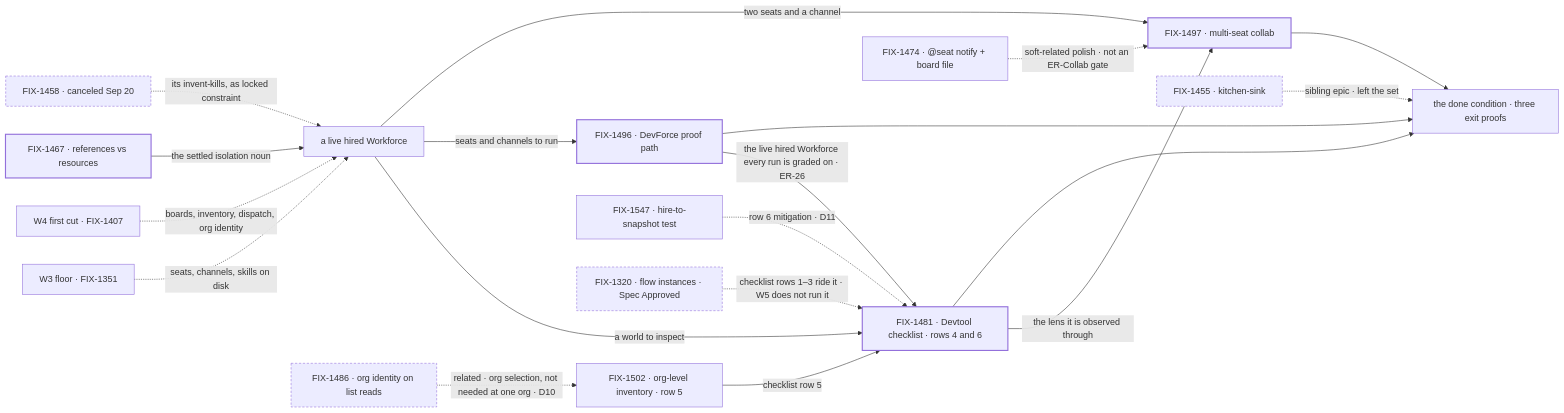
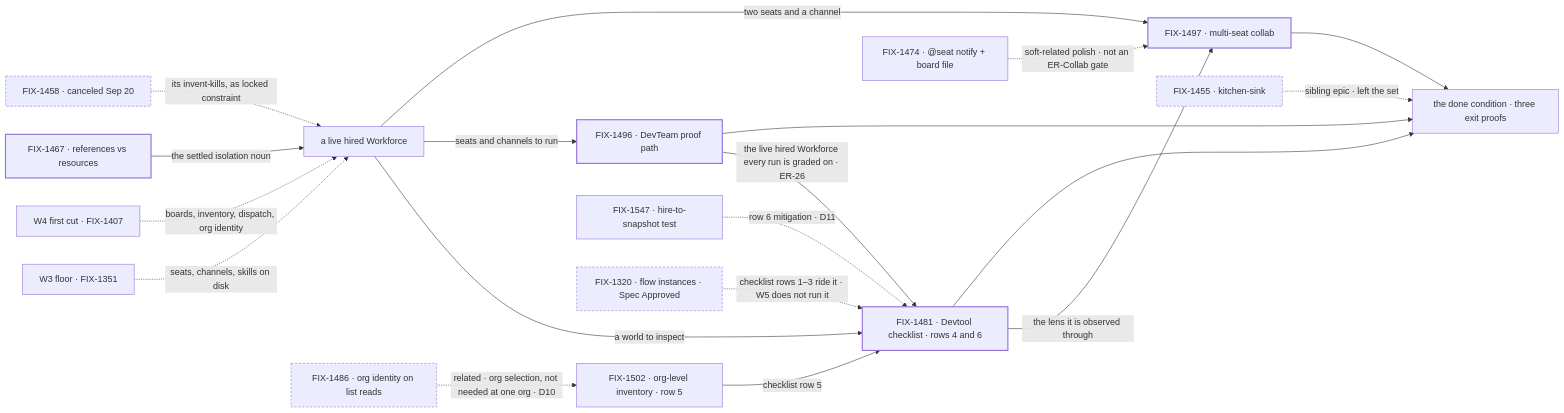
One commit to fixpoint-labs/flow-state-dev changed the diagram in specs/epics/FIX-1457/SPEC.md. Above: the diagram before and after it, drawn with Mermaid. The commit also changed other lines of this file and 383 other files, not shown here.

````diff
--- a/specs/epics/FIX-1457/SPEC.md
+++ b/specs/epics/FIX-1457/SPEC.md
@@ -77,25 +77,25 @@
 ```mermaid
 flowchart LR
   W3["W3 floor · FIX-1351"] -.->|"seats, channels, skills on disk"| S
   W4["W4 first cut · FIX-1407"] -.->|"boards, inventory, dispatch, org identity"| S
   R["FIX-1467 · references vs resources"] -->|"the settled isolation noun"| S["a live hired Workforce"]
   S -->|"a world to inspect"| T["FIX-1481 · Devtool checklist · rows 4 and 6"]
-  S -->|"seats and channels to run"| F["FIX-1496 · DevForce proof path"]
+  S -->|"seats and channels to run"| F["FIX-1496 · DevTeam proof path"]
   S -->|"two seats and a channel"| C["FIX-1497 · multi-seat collab"]
   F -->|"the live hired Workforce every run is graded on · ER-26"| T
   T -->|"the lens it is observed through"| C
   V["FIX-1502 · org-level inventory · row 5"] -->|"checklist row 5"| T
   B["FIX-1486 · org identity on list reads"] -.->|"related · org selection, not needed at one org · D10"| V
   Q["FIX-1547 · hire-to-snapshot test"] -.->|"row 6 mitigation · D11"| T
   T --> P["the done condition · three exit proofs"]
   F --> P
   C --> P
   K["FIX-1455 · kitchen-sink"] -.->|"sibling epic · left the set"| P
   X["FIX-1458 · canceled Sep 20"] -.->|"its invent-kills, as locked constraint"| S
   I["FIX-1320 · flow instances · Spec Approved"] -.->|"checklist rows 1–3 ride it · W5 does not run it"| T
   N["FIX-1474 · @seat notify + board file"] -.->|"soft-related polish · not an ER-Collab gate"| C
   classDef done stroke-width:2px
   classDef proposed stroke-dasharray:4 3
   class R,T,F,C done
   class K,X,I,B proposed
 ```
````
